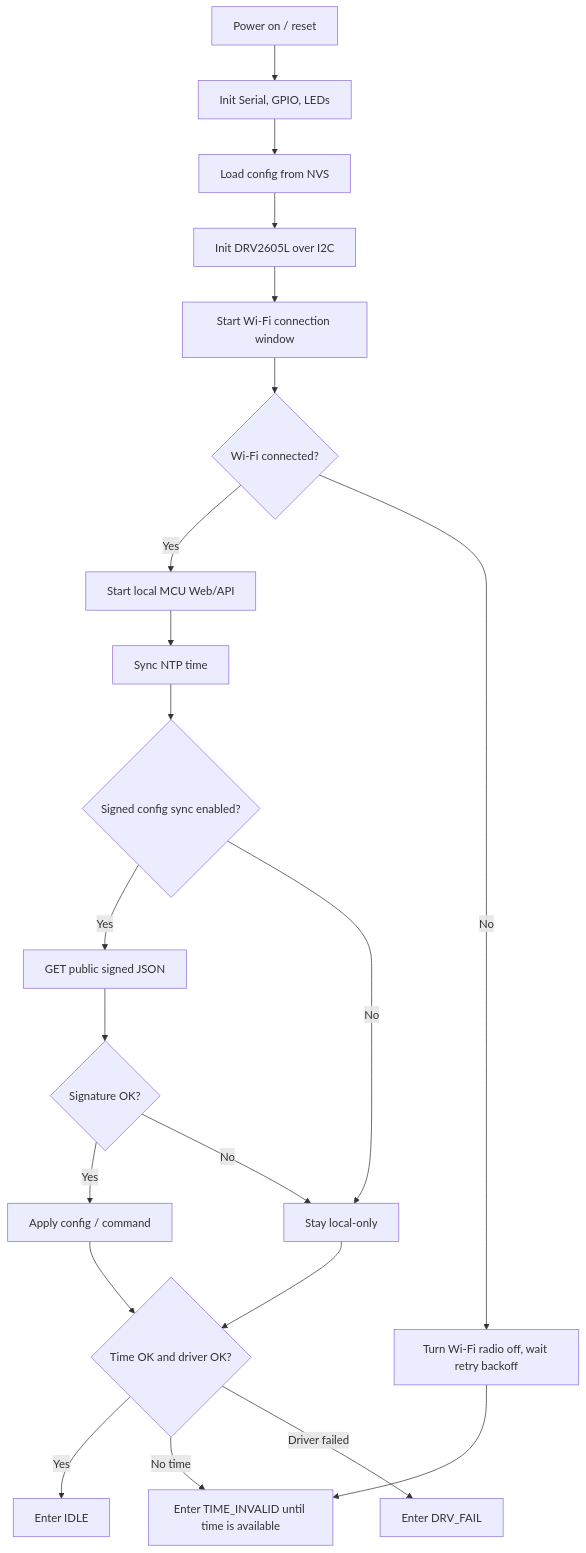
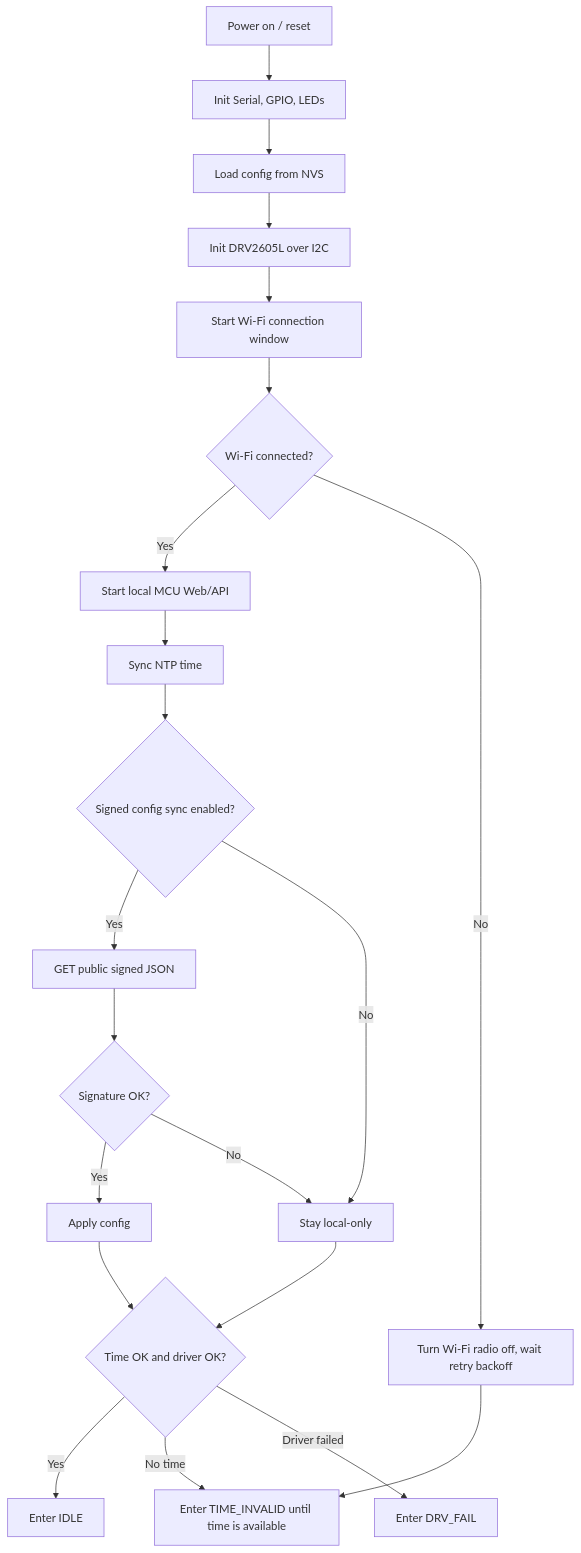
Before and after one commit to terry-eric/esp32c3-clock-web: the first of 3 diagrams in docs/MCU_LOGIC.md, drawn with Mermaid. The commit also changed other lines of this file and 8 other files, not shown here.

````diff
--- a/docs/MCU_LOGIC.md
+++ b/docs/MCU_LOGIC.md
@@ -14,23 +14,23 @@
 ```mermaid
 flowchart TD
   A["Power on / reset"] --> B["Init Serial, GPIO, LEDs"]
   B --> C["Load config from NVS"]
   C --> D["Init DRV2605L over I2C"]
   D --> E["Start Wi-Fi connection window"]
   E --> F{"Wi-Fi connected?"}
   F -- "Yes" --> G["Start local MCU Web/API"]
   G --> H["Sync NTP time"]
   H --> I{"Signed config sync enabled?"}
   I -- "Yes" --> J["GET public signed JSON"]
   I -- "No" --> K["Stay local-only"]
   J --> Q{"Signature OK?"}
-  Q -- "Yes" --> R["Apply config / command"]
+  Q -- "Yes" --> R["Apply config"]
   Q -- "No" --> K
   R --> L{"Time OK and driver OK?"}
   K --> L
   F -- "No" --> M["Turn Wi-Fi radio off, wait retry backoff"]
   M --> N["Enter TIME_INVALID until time is available"]
   L -- "Yes" --> O["Enter IDLE"]
   L -- "No time" --> N
   L -- "Driver failed" --> P["Enter DRV_FAIL"]
 ```
````
